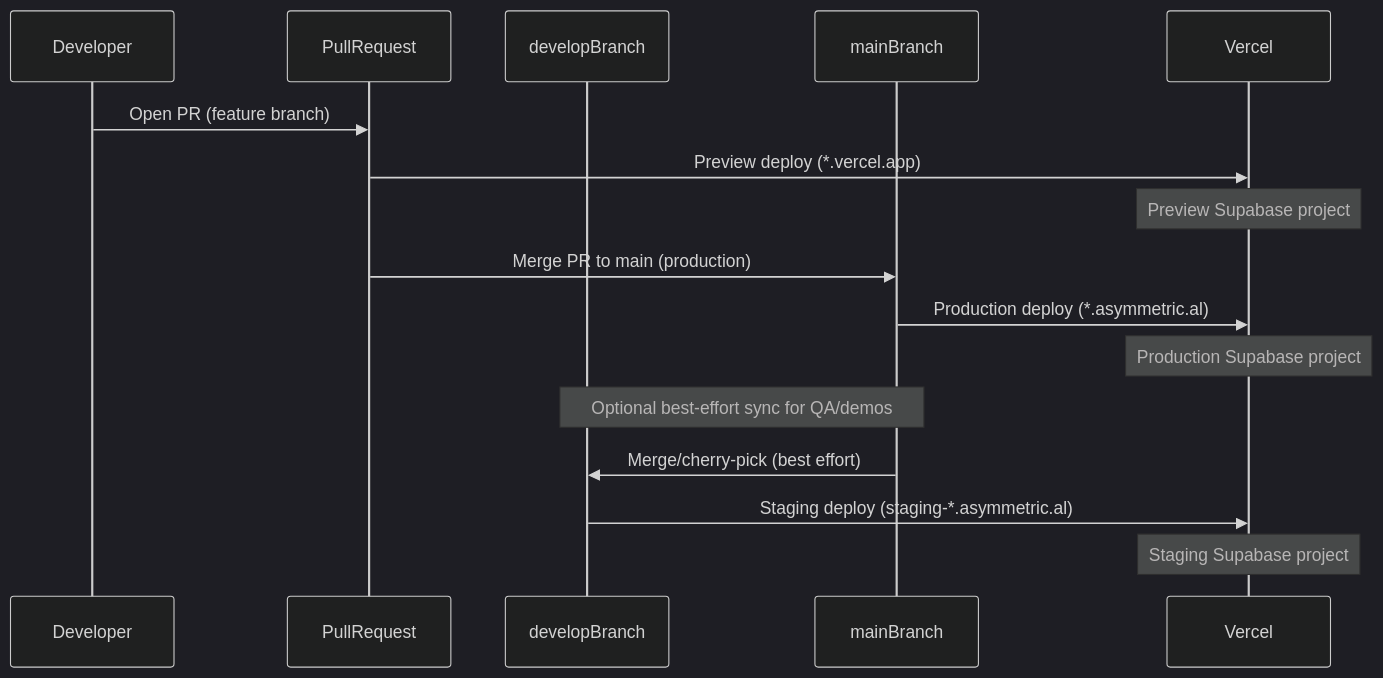
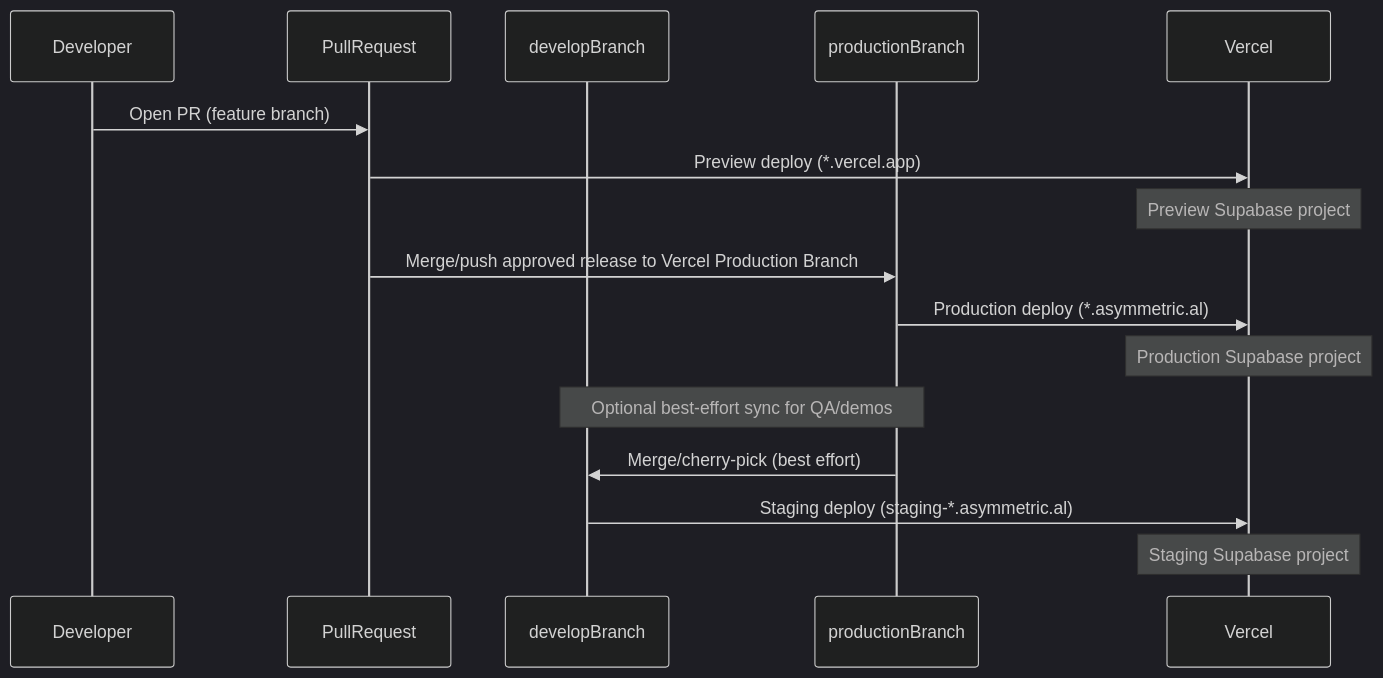
The diagram in docs/ops/environments.md (Asymmetric-al/core), drawn with Mermaid (dark theme) before and after one commit. The commit also changed other lines of this file and 10 other files, not shown here.

Commit message:
ops: align Vercel production branch contract

````diff
--- a/docs/ops/environments.md
+++ b/docs/ops/environments.md
@@ -251,21 +255,21 @@
 ```mermaid
 sequenceDiagram
     participant Dev as Developer
     participant PR as PullRequest
     participant Develop as developBranch
-    participant Main as mainBranch
+    participant Prod as productionBranch
     participant Vercel as Vercel
 
     Dev->>PR: Open PR (feature branch)
     PR->>Vercel: Preview deploy (*.vercel.app)
     Note over Vercel: Preview Supabase project
 
-    PR->>Main: Merge PR to main (production)
-    Main->>Vercel: Production deploy (*.asymmetric.al)
+    PR->>Prod: Merge/push approved release to Vercel Production Branch
+    Prod->>Vercel: Production deploy (*.asymmetric.al)
     Note over Vercel: Production Supabase project
 
-    Note over Main,Develop: Optional best-effort sync for QA/demos
-    Main->>Develop: Merge/cherry-pick (best effort)
+    Note over Prod,Develop: Optional best-effort sync for QA/demos
+    Prod->>Develop: Merge/cherry-pick (best effort)
     Develop->>Vercel: Staging deploy (staging-*.asymmetric.al)
     Note over Vercel: Staging Supabase project
 ```
````
